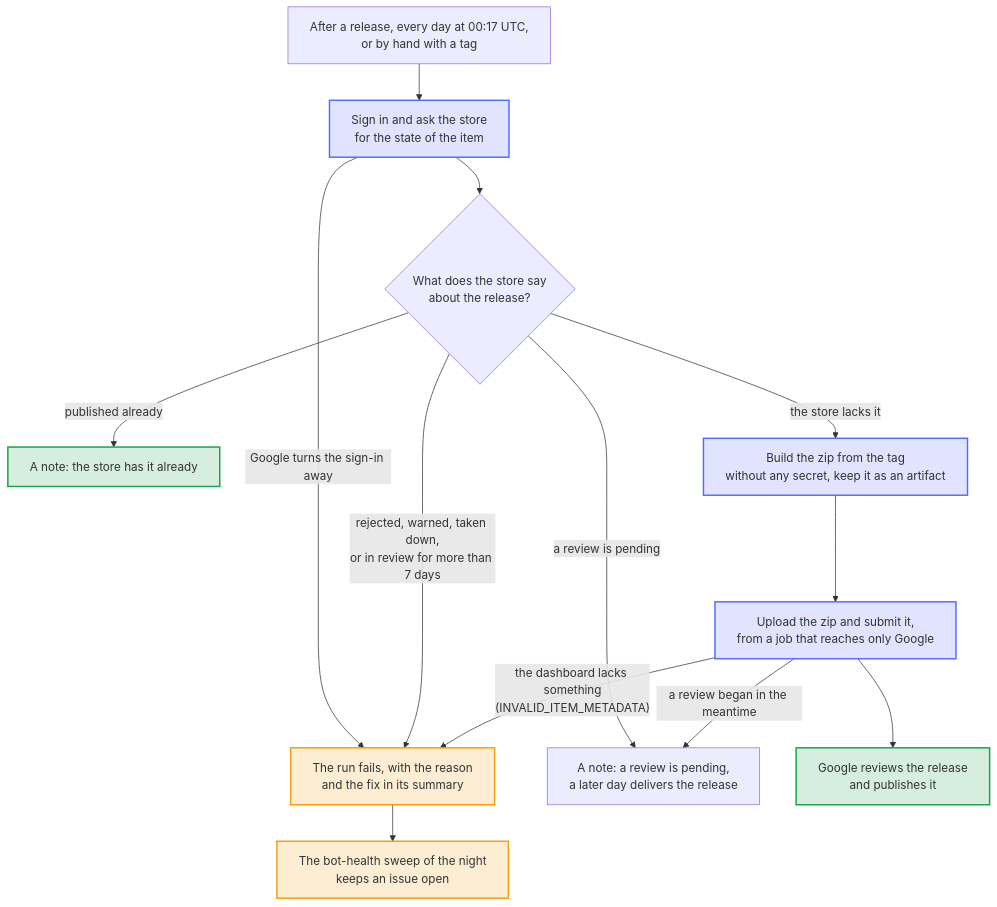
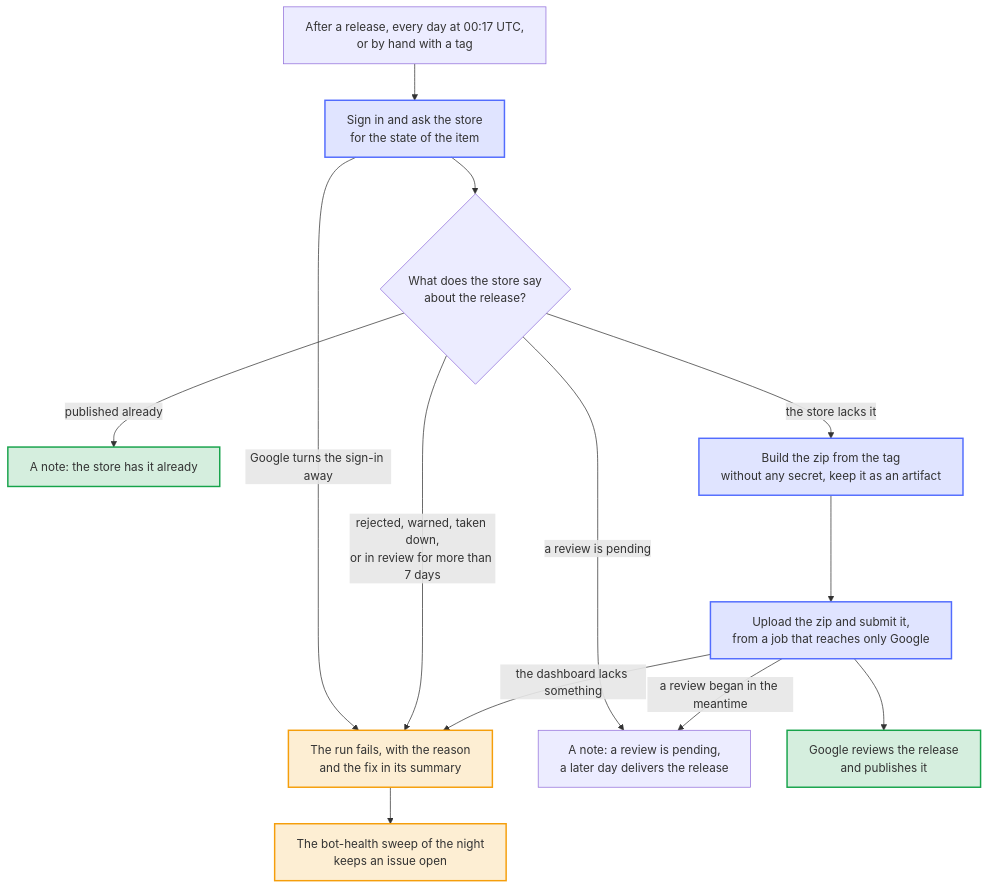
The diagram in docs/diagrams/store-delivery.mmd (Dennis-Otto/player-switch-for-autodarts), drawn with Mermaid before and after one commit. The commit also changed 6 other files, not shown here.

```diff
--- a/docs/diagrams/store-delivery.mmd
+++ b/docs/diagrams/store-delivery.mmd
@@ -1,36 +1,36 @@
 ---
 config:
   flowchart:
     wrappingWidth: 400
 ---
 flowchart TB
     accTitle: How a release reaches the Chrome Web Store
     accDescr: After every release, every day at 00:17 UTC and when started by hand with a tag, the workflow signs in to the Chrome Web Store and asks for the state of the item. A sign-in that Google turns away, a rejected release, a warning, a takedown or a review of more than 7 days fail the run, with the reason and the fix in its summary, and the bot-health sweep of the night keeps an issue open. While a review is pending, the run ends with a note, and a later day delivers the release. When the store has the release already, nothing happens. Otherwise a job without any secret builds the zip from the tag and keeps it as an artifact, and a job that reaches only Google uploads it and submits it for review. When the store refuses the submission because the Developer Dashboard lacks something that the version needs, the run fails as well, and names what the release asks for beyond the version of the store. When a review began in the meantime, the run ends with the same note as for a pending review.
 
     start["After a release, every day at 00:17 UTC,<br>or by hand with a tag"]
     ask["Sign in and ask the store<br>for the state of the item"]
     decide{"What does the store say<br>about the release?"}
     fail["The run fails, with the reason<br>and the fix in its summary"]
     issue["The bot-health sweep of the night<br>keeps an issue open"]
     wait["A note: a review is pending,<br>a later day delivers the release"]
     has["A note: the store has it already"]
     package["Build the zip from the tag<br>without any secret, keep it as an artifact"]
     store["Upload the zip and submit it,<br>from a job that reaches only Google"]
     review["Google reviews the release<br>and publishes it"]
 
     start --> ask --> decide
     ask -- "Google turns the sign-in away" --> fail
     decide -- "rejected, warned, taken down,<br>or in review for more than 7 days" --> fail
     decide -- "a review is pending" --> wait
     decide -- "published already" --> has
     decide -- "the store lacks it" --> package --> store --> review
-    store -- "the dashboard lacks something<br>(INVALID_ITEM_METADATA)" --> fail
+    store -- "the dashboard lacks something" --> fail
     store -- "a review began in the meantime" --> wait
     fail --> issue
 
     classDef bot fill:#526cfe2e,stroke:#526cfe,stroke-width:2px
     classDef done fill:#16a34a2e,stroke:#16a34a,stroke-width:2px
     classDef person fill:#f59e0b2e,stroke:#f59e0b,stroke-width:2px
     class ask,package,store bot
     class has,review done
     class fail,issue person
```
